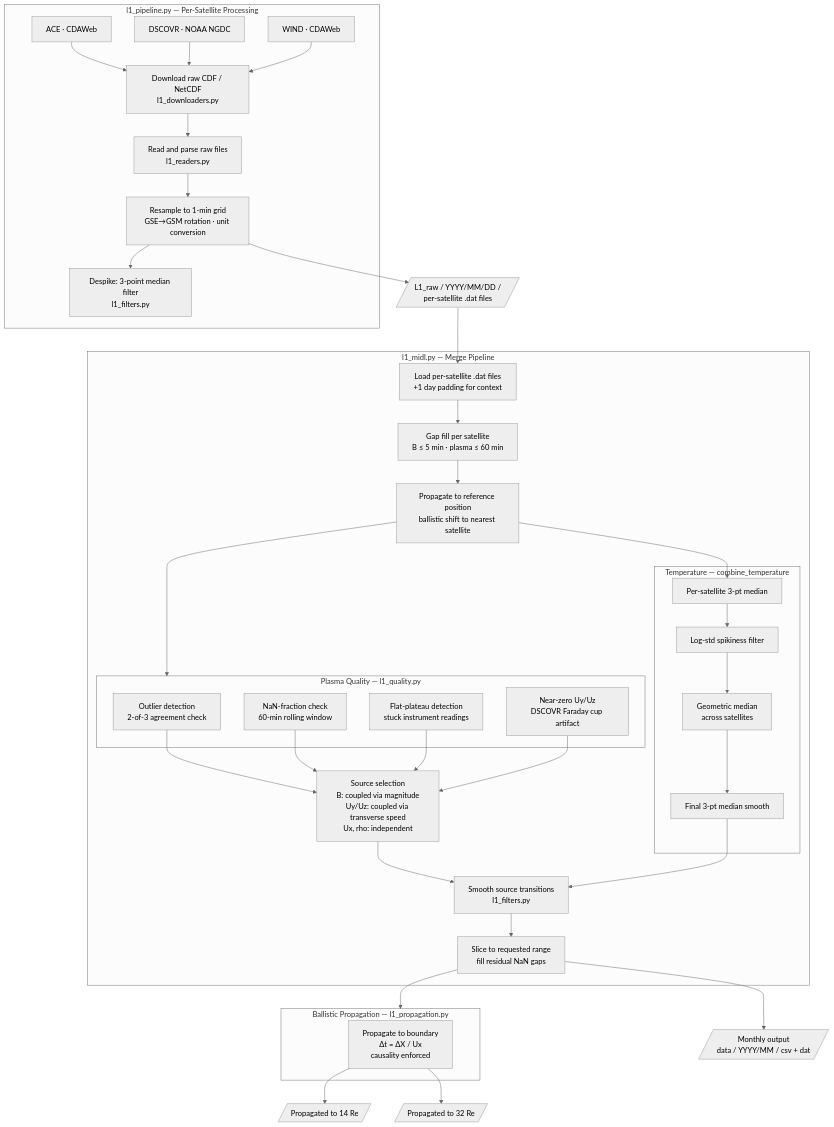
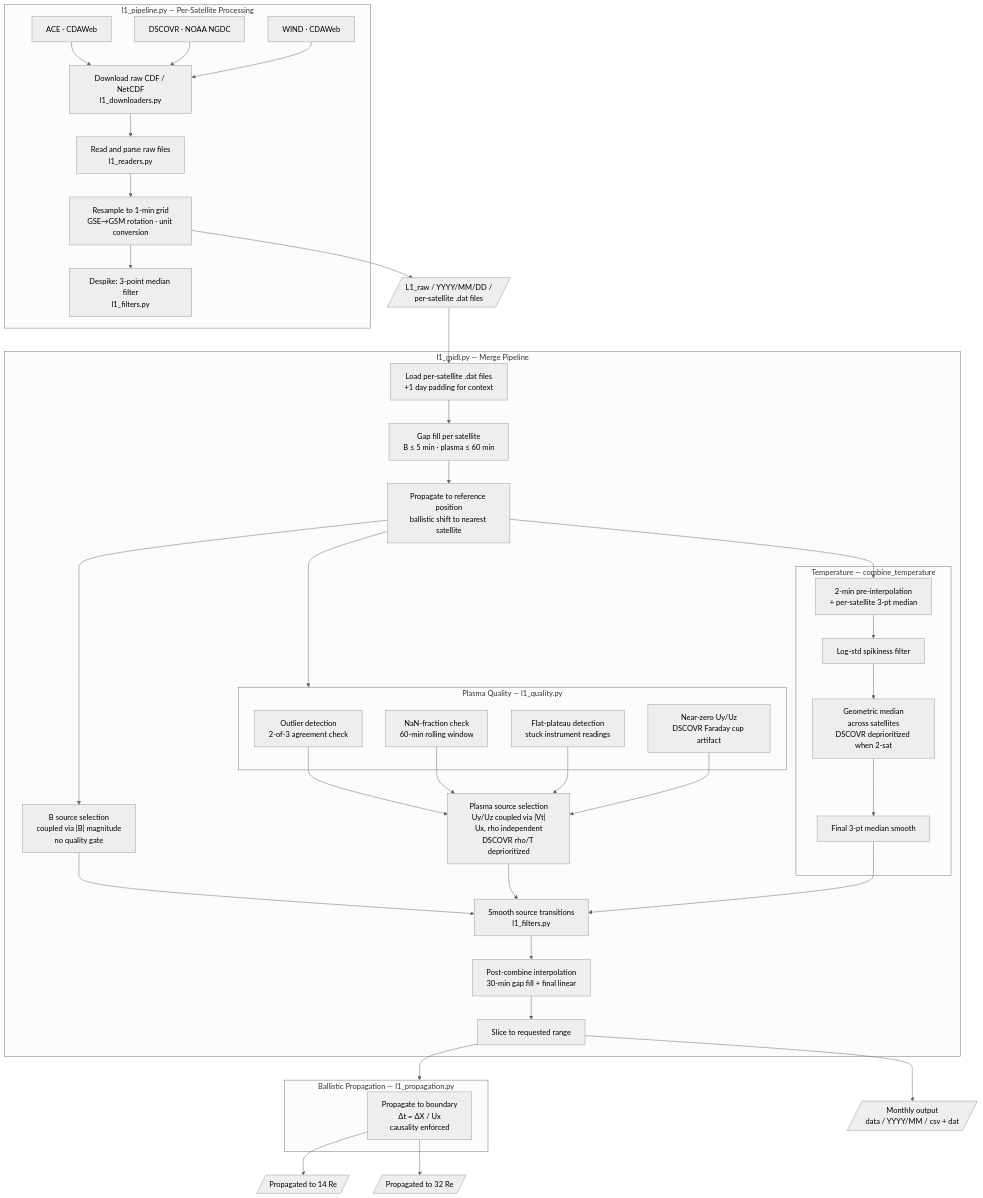
One commit to connordimarco/meldpy changed the diagram in README.md. Above: the diagram before and after it, drawn with Mermaid (neutral theme). The commit also changed other lines of this file and 2 other files, not shown here.

Commit message:
DSCOVR rho and T discarded when there are only 2 sources

````diff
--- a/README.md
+++ b/README.md
@@ -9,67 +9,72 @@
 ```mermaid
 flowchart TD
     subgraph PIPE["l1_pipeline.py — Per-Satellite Processing"]
         ACE["ACE · CDAWeb"]
         DSC["DSCOVR · NOAA NGDC"]
         WND["WIND · CDAWeb"]
         DL["Download raw CDF / NetCDF\nl1_downloaders.py"]
         RD["Read and parse raw files\nl1_readers.py"]
         RS["Resample to 1-min grid\nGSE→GSM rotation · unit conversion"]
         DS1["Despike: 3-point median filter\nl1_filters.py"]
         ACE & DSC & WND --> DL --> RD --> RS --> DS1
     end
 
     L1R[/"L1_raw / YYYY/MM/DD /\nper-satellite .dat files"/]
 
     RS  --> L1R
 
     subgraph COMB["l1_midl.py — Merge Pipeline"]
         LD["Load per-satellite .dat files\n+1 day padding for context"]
         GF["Gap fill per satellite\nB ≤ 5 min · plasma ≤ 60 min"]
         PR["Propagate to reference position\nballistic shift to nearest satellite"]
 
         subgraph QC["Plasma Quality — l1_quality.py"]
             Q1["Outlier detection\n2-of-3 agreement check"]
             Q3["NaN-fraction check\n60-min rolling window"]
             Q4["Flat-plateau detection\nstuck instrument readings"]
             Q5["Near-zero Uy/Uz\nDSCOVR Faraday cup artifact"]
         end
 
-        VS["Source selection\nB: coupled via magnitude\nUy/Uz: coupled via transverse speed\nUx, rho: independent"]
+        BSS["B source selection\ncoupled via |B| magnitude\nno quality gate"]
+        PSS["Plasma source selection\nUy/Uz coupled via |Vt|\nUx, rho independent\nDSCOVR rho/T deprioritized"]
 
         subgraph TC["Temperature — combine_temperature"]
-            T1["Per-satellite 3-pt median"]
+            T1["2-min pre-interpolation\n+ per-satellite 3-pt median"]
             T2["Log-std spikiness filter"]
-            T3["Geometric median\nacross satellites"]
+            T3["Geometric median\nacross satellites\nDSCOVR deprioritized when 2-sat"]
             T4["Final 3-pt median smooth"]
             T1 --> T2 --> T3 --> T4
         end
 
         ST["Smooth source transitions\nl1_filters.py"]
-        SL["Slice to requested range\nfill residual NaN gaps"]
+        IP["Post-combine interpolation\n30-min gap fill + final linear"]
+        SL["Slice to requested range"]
 
         LD  --> GF
         GF  --> PR
         PR  --> QC
+        PR  --> BSS
         PR  --> T1
-        Q1 & Q3 & Q4 & Q5 --> VS
-        VS  --> ST
+        Q1 & Q3 & Q4 & Q5 --> PSS
+        BSS --> ST
+        PSS --> ST
         T4  --> ST
-        ST  --> SL
+        ST  --> IP
+        IP  --> SL
     end
 
     OUT[/"Monthly output\ndata / YYYY/MM / csv + dat"/]
 
     subgraph PROP["Ballistic Propagation — l1_propagation.py"]
         BP["Propagate to boundary\nΔt = ΔX / Ux\ncausality enforced"]
     end
 
     IMF14[/"Propagated to 14 Re"/]
     IMF32[/"Propagated to 32 Re"/]
 
     L1R --> LD
     SL  --> OUT
     SL  --> PROP
     BP  --> IMF14
     BP  --> IMF32
 ```
````
